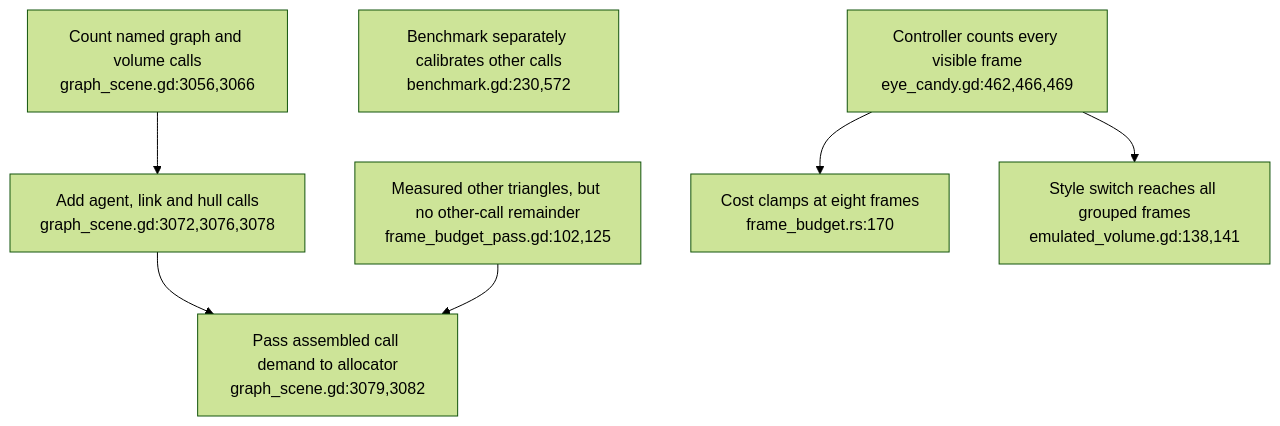
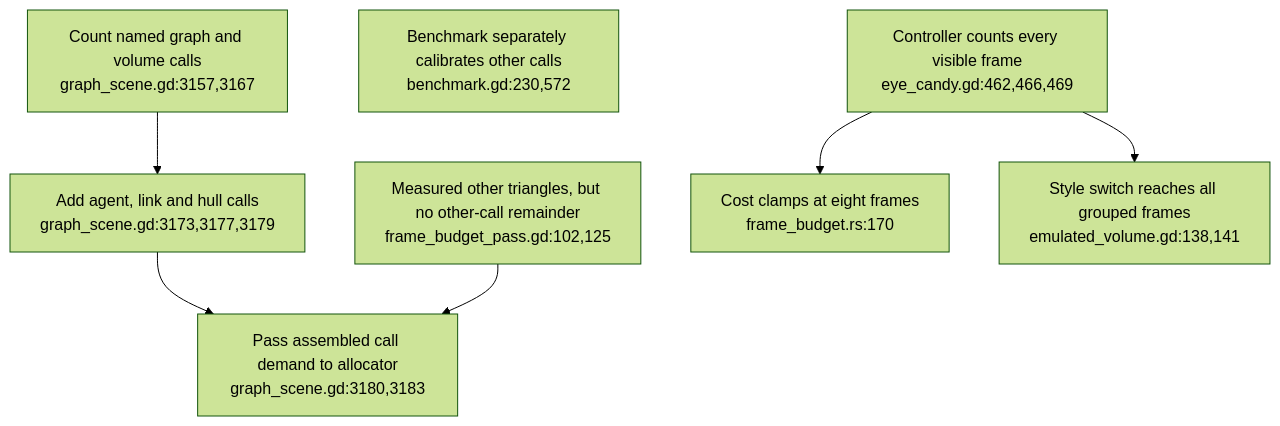
The second of 5 diagrams in docs/diagrams/visionclaw/51-xr-visual-budget-and-engine-gates.md (DreamLab-AI/VisionFlow), drawn with Mermaid (forest theme) before and after one commit. The commit also changed other lines of this file and 8 other files, not shown here.

First line of the commit message:
docs(diagrams): VisionClaw 2026-11-01 duplication audit — hold lifecycle, held-state map, layout mode, cadence, breathe

````diff
--- a/docs/diagrams/visionclaw/51-xr-visual-budget-and-engine-gates.md
+++ b/docs/diagrams/visionclaw/51-xr-visual-budget-and-engine-gates.md
@@ -47,9 +50,9 @@
 ```mermaid
 flowchart TD
-    SCENE["Count named graph and volume calls<br/>graph_scene.gd:3056,3066"] --> CALLS["Add agent, link and hull calls<br/>graph_scene.gd:3072,3076,3078"]
-    CALLS --> INPUT["Pass assembled call demand to allocator<br/>graph_scene.gd:3079,3082"]
+    SCENE["Count named graph and volume calls<br/>graph_scene.gd:3157,3167"] --> CALLS["Add agent, link and hull calls<br/>graph_scene.gd:3173,3177,3179"]
+    CALLS --> INPUT["Pass assembled call demand to allocator<br/>graph_scene.gd:3180,3183"]
     OTHER["Measured other triangles, but no other-call remainder<br/>frame_budget_pass.gd:102,125"] --> INPUT
     BENCH["Benchmark separately calibrates other calls<br/>benchmark.gd:230,572"]
     VISIBLE["Controller counts every visible frame<br/>eye_candy.gd:462,466,469"] --> PRICE["Cost clamps at eight frames<br/>frame_budget.rs:170"]
     VISIBLE --> DRAW["Style switch reaches all grouped frames<br/>emulated_volume.gd:138,141"]
 ```
````
